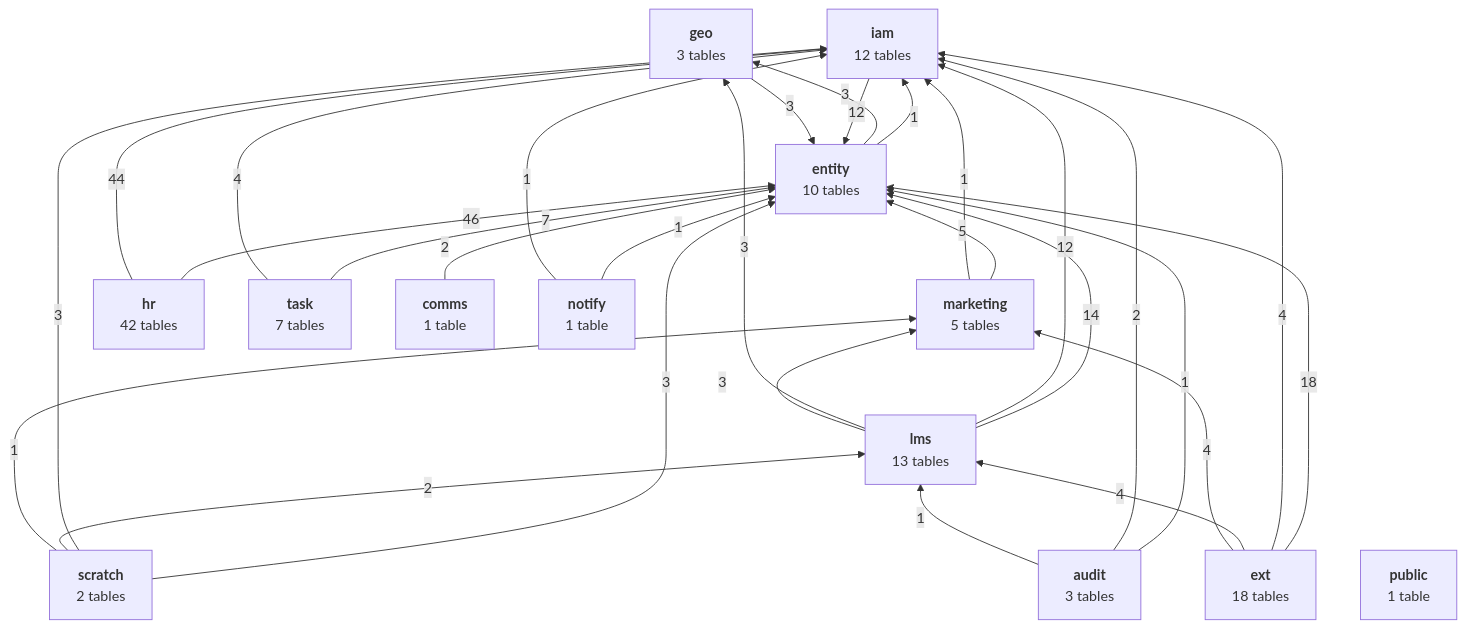
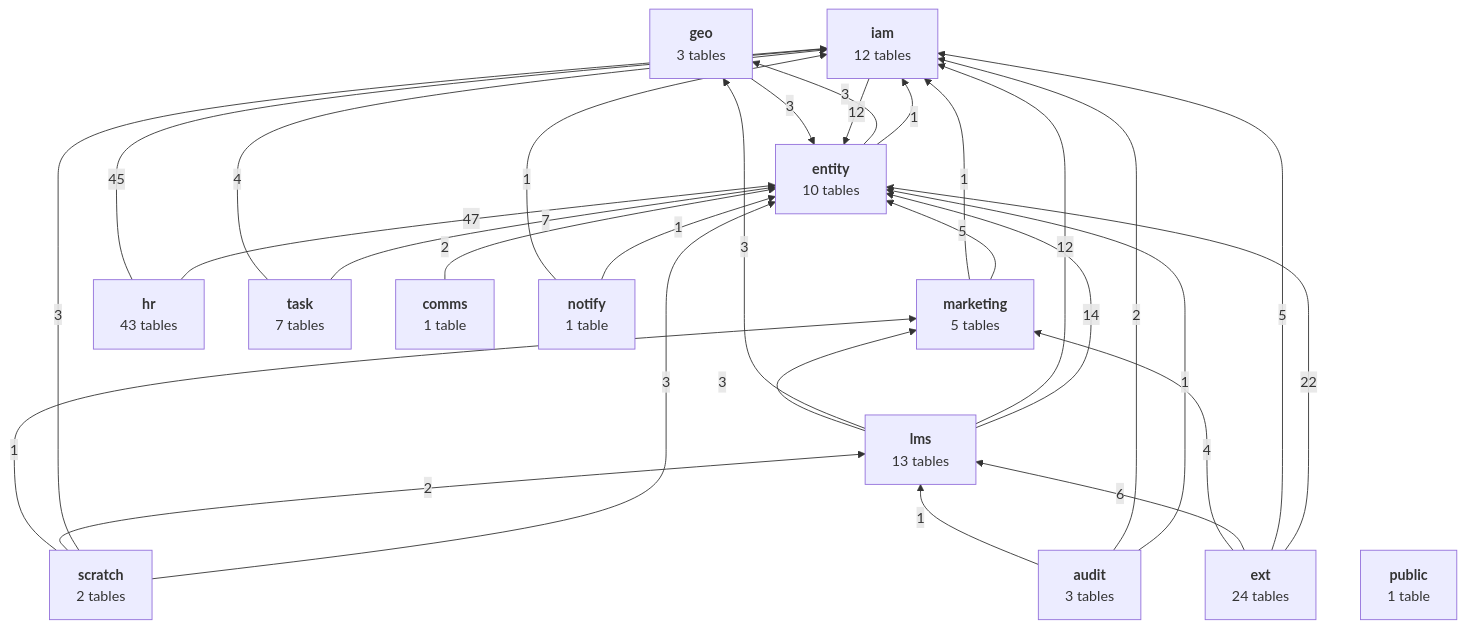
One commit to nitin-girdhar/msq-platforms changed the first of 14 diagrams in docs/DB_model.md. Above: the diagram before and after it, drawn with Mermaid. The commit also changed other lines of this file and 23 other files, not shown here.

````diff
--- a/docs/DB_model.md
+++ b/docs/DB_model.md
@@ -24,44 +24,44 @@
 ```mermaid
 flowchart BT
   entity["<b>entity</b><br/>10 tables"]
   iam["<b>iam</b><br/>12 tables"]
   geo["<b>geo</b><br/>3 tables"]
   lms["<b>lms</b><br/>13 tables"]
   marketing["<b>marketing</b><br/>5 tables"]
-  ext["<b>ext</b><br/>18 tables"]
-  hr["<b>hr</b><br/>42 tables"]
+  ext["<b>ext</b><br/>24 tables"]
+  hr["<b>hr</b><br/>43 tables"]
   task["<b>task</b><br/>7 tables"]
   audit["<b>audit</b><br/>3 tables"]
   comms["<b>comms</b><br/>1 table"]
   notify["<b>notify</b><br/>1 table"]
   scratch["<b>scratch</b><br/>2 tables"]
   public["<b>public</b><br/>1 table"]
   entity -- 1 --> iam
   entity -- 3 --> geo
   iam -- 12 --> entity
   geo -- 3 --> entity
   lms -- 14 --> entity
   lms -- 12 --> iam
   lms -- 3 --> geo
   lms -- 3 --> marketing
   marketing -- 5 --> entity
   marketing -- 1 --> iam
-  ext -- 18 --> entity
-  ext -- 4 --> iam
-  ext -- 4 --> lms
+  ext -- 22 --> entity
+  ext -- 5 --> iam
+  ext -- 6 --> lms
   ext -- 4 --> marketing
-  hr -- 46 --> entity
-  hr -- 44 --> iam
+  hr -- 47 --> entity
+  hr -- 45 --> iam
   task -- 7 --> entity
   task -- 4 --> iam
   audit -- 1 --> entity
   audit -- 2 --> iam
   audit -- 1 --> lms
   comms -- 2 --> entity
   notify -- 1 --> entity
   notify -- 1 --> iam
   scratch -- 3 --> entity
   scratch -- 3 --> iam
   scratch -- 2 --> lms
   scratch -- 1 --> marketing
 ```
````
